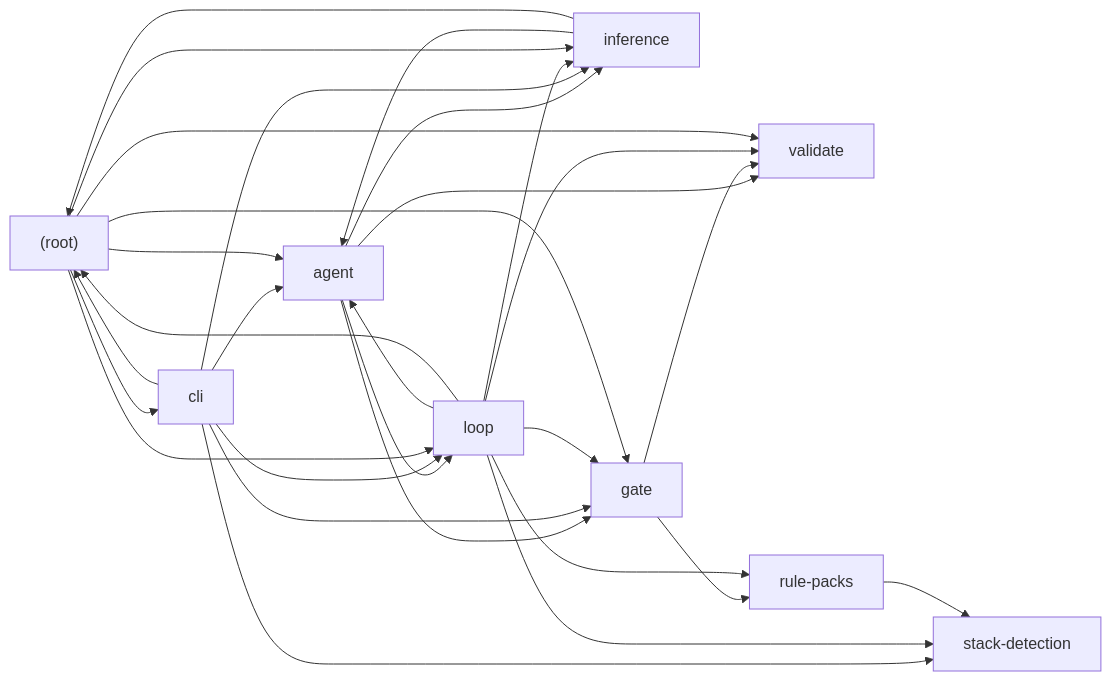
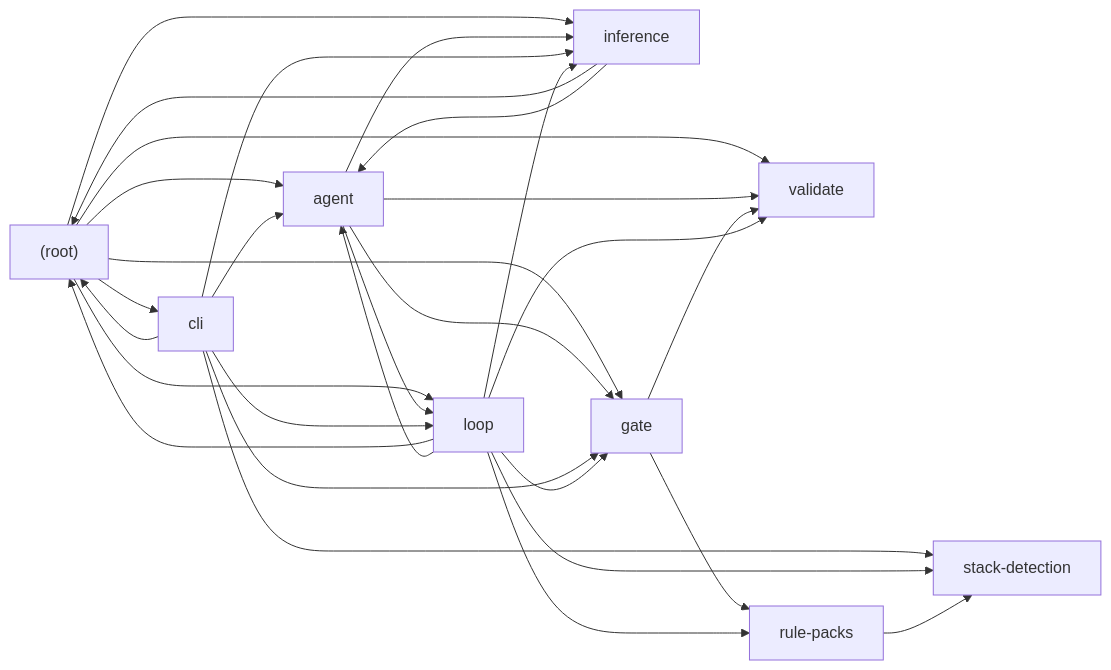
The diagram in packages/core/ARCHITECTURE.md (agjs/tsforge), drawn with Mermaid before and after one commit. The commit also changed other lines of this file and 6 other files, not shown here.

First line of the commit message:
fix: a broken diagram no longer passes CI silently

````diff
--- a/packages/core/ARCHITECTURE.md
+++ b/packages/core/ARCHITECTURE.md
@@ -13,40 +13,40 @@
 ```mermaid
 flowchart LR
-  root["(root)"]
-  cli["cli"]
-  loop["loop"]
-  agent["agent"]
-  inference["inference"]
-  gate["gate"]
-  validate["validate"]
-  rule_packs["rule-packs"]
-  stack_detection["stack-detection"]
-  agent --> gate
-  agent --> inference
-  agent --> loop
-  agent --> validate
-  cli --> agent
-  cli --> gate
-  cli --> inference
-  cli --> loop
-  cli --> root
-  cli --> stack_detection
-  gate --> rule_packs
-  gate --> validate
-  inference --> agent
-  inference --> root
-  loop --> agent
-  loop --> gate
-  loop --> inference
-  loop --> root
-  loop --> rule_packs
-  loop --> stack_detection
-  loop --> validate
-  root --> agent
-  root --> cli
-  root --> gate
-  root --> inference
-  root --> loop
-  root --> validate
-  rule_packs --> stack_detection
+  n__root_["(root)"]
+  n_cli["cli"]
+  n_loop["loop"]
+  n_agent["agent"]
+  n_inference["inference"]
+  n_gate["gate"]
+  n_validate["validate"]
+  n_rule_packs["rule-packs"]
+  n_stack_detection["stack-detection"]
+  n__root_ --> n_agent
+  n__root_ --> n_cli
+  n__root_ --> n_gate
+  n__root_ --> n_inference
+  n__root_ --> n_loop
+  n__root_ --> n_validate
+  n_agent --> n_gate
+  n_agent --> n_inference
+  n_agent --> n_loop
+  n_agent --> n_validate
+  n_cli --> n__root_
+  n_cli --> n_agent
+  n_cli --> n_gate
+  n_cli --> n_inference
+  n_cli --> n_loop
+  n_cli --> n_stack_detection
+  n_gate --> n_rule_packs
+  n_gate --> n_validate
+  n_inference --> n__root_
+  n_inference --> n_agent
+  n_loop --> n__root_
+  n_loop --> n_agent
+  n_loop --> n_gate
+  n_loop --> n_inference
+  n_loop --> n_rule_packs
+  n_loop --> n_stack_detection
+  n_loop --> n_validate
+  n_rule_packs --> n_stack_detection
 ```
````
